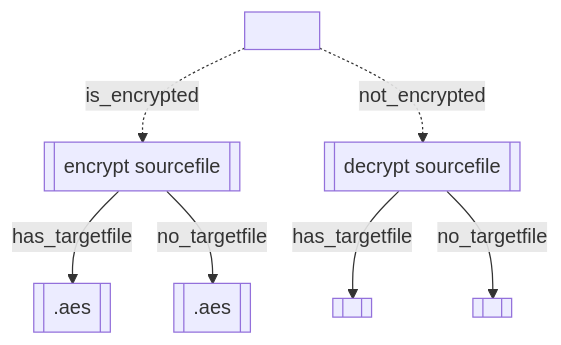
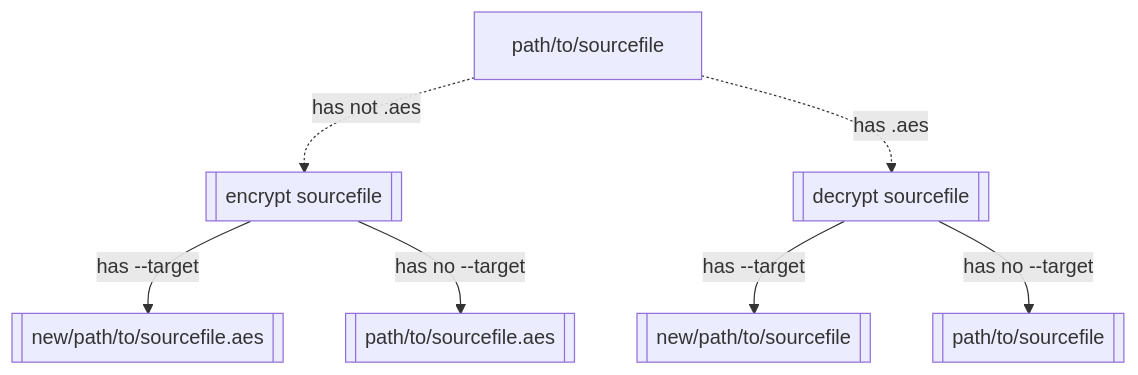
The diagram in README.md (Zheng-Bote/qt-cli_file_encryption-decryption), drawn with Mermaid before and after one commit.

````diff
--- a/README.md
+++ b/README.md
@@ -123,10 +123,10 @@
 ```mermaid
 flowchart TD;
-    A["<pathto/sourcefile>.aes"]-. is_encrypted .->B[[encrypt sourcefile]]
-    B-- has_targetfile -->C[[<new/pathto/sourcefile>.aes]]
-    B-- no_targetfile -->D[[<pathto/sourcefile>.aes]]
+    A["path/to/sourcefile"]-. "has not .aes" .->B[[encrypt sourcefile]]
+    B-- "has --target" -->C[["new/path/to/sourcefile.aes"]]
+    B-- "has no --target" -->D[["path/to/sourcefile.aes"]]
 
-    A[<pathto/sourcefile>]-. not_encrypted .->F[[decrypt sourcefile]]
-    F-- has_targetfile -->G[[<new/pathto/sourcefile>]]
-    F-- no_targetfile -->H[[<pathto/sourcefile>]]
+    A["path/to/sourcefile"]-. "has .aes" .->F[["decrypt sourcefile"]]
+    F-- "has --target" -->G[["new/path/to/sourcefile"]]
+    F-- "has no --target" -->H[["path/to/sourcefile"]]
 ```
````
